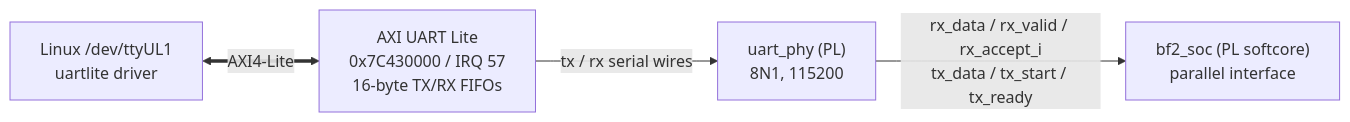
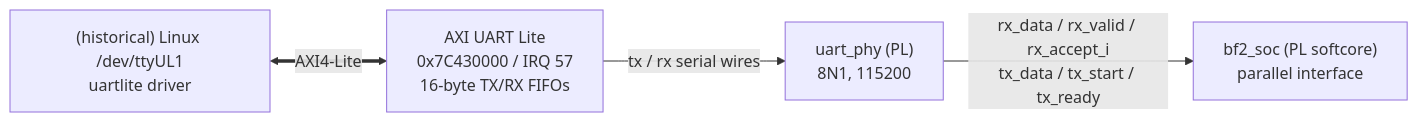
Before and after one commit to tocisz/ebaz4205-hdmi-demo: the sixth of 12 diagrams in doc/ARCHITECTURE.md, drawn with Mermaid. The commit also changed other lines of this file and 1 other file, not shown here.

First line of the commit message:
doc: update ARCHITECTURE + wedge investigation for deployed z80 SoC

````diff
--- a/doc/ARCHITECTURE.md
+++ b/doc/ARCHITECTURE.md
@@ -495,10 +502,10 @@
 ```mermaid
 graph LR
-    ps["Linux /dev/ttyUL1<br/>uartlite driver"]
+    ps["(historical) Linux /dev/ttyUL1<br/>uartlite driver"]
     ul["AXI UART Lite<br/>0x7C430000 / IRQ 57<br/>16-byte TX/RX FIFOs"]
     phy["uart_phy (PL)<br/>8N1, 115200"]
     soc["bf2_soc (PL softcore)<br/>parallel interface"]
     ps <== "AXI4-Lite" ==> ul
     ul -- "tx / rx serial wires" --> phy
     phy -- "rx_data / rx_valid / rx_accept_i<br/>tx_data / tx_start / tx_ready" --> soc
 ```
````
